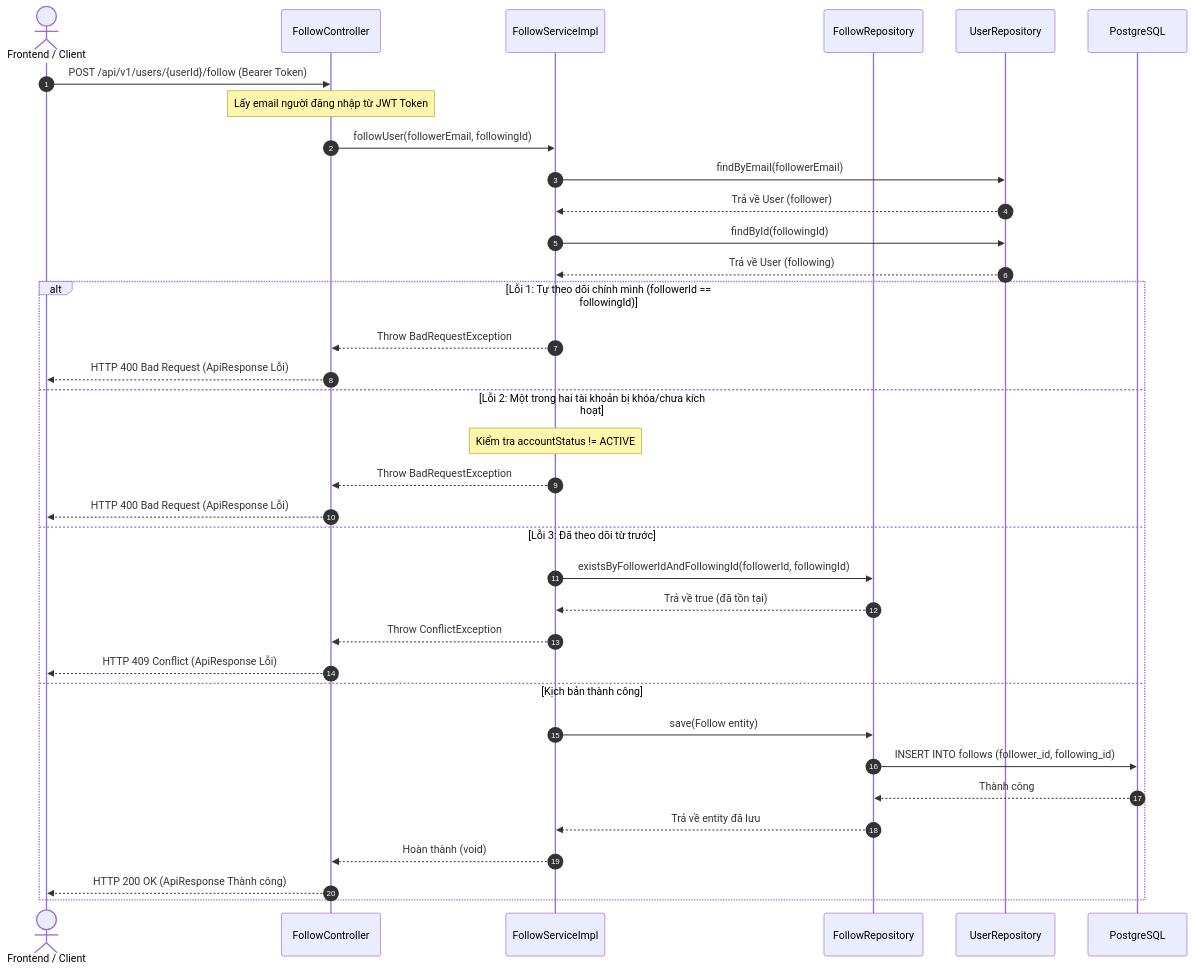
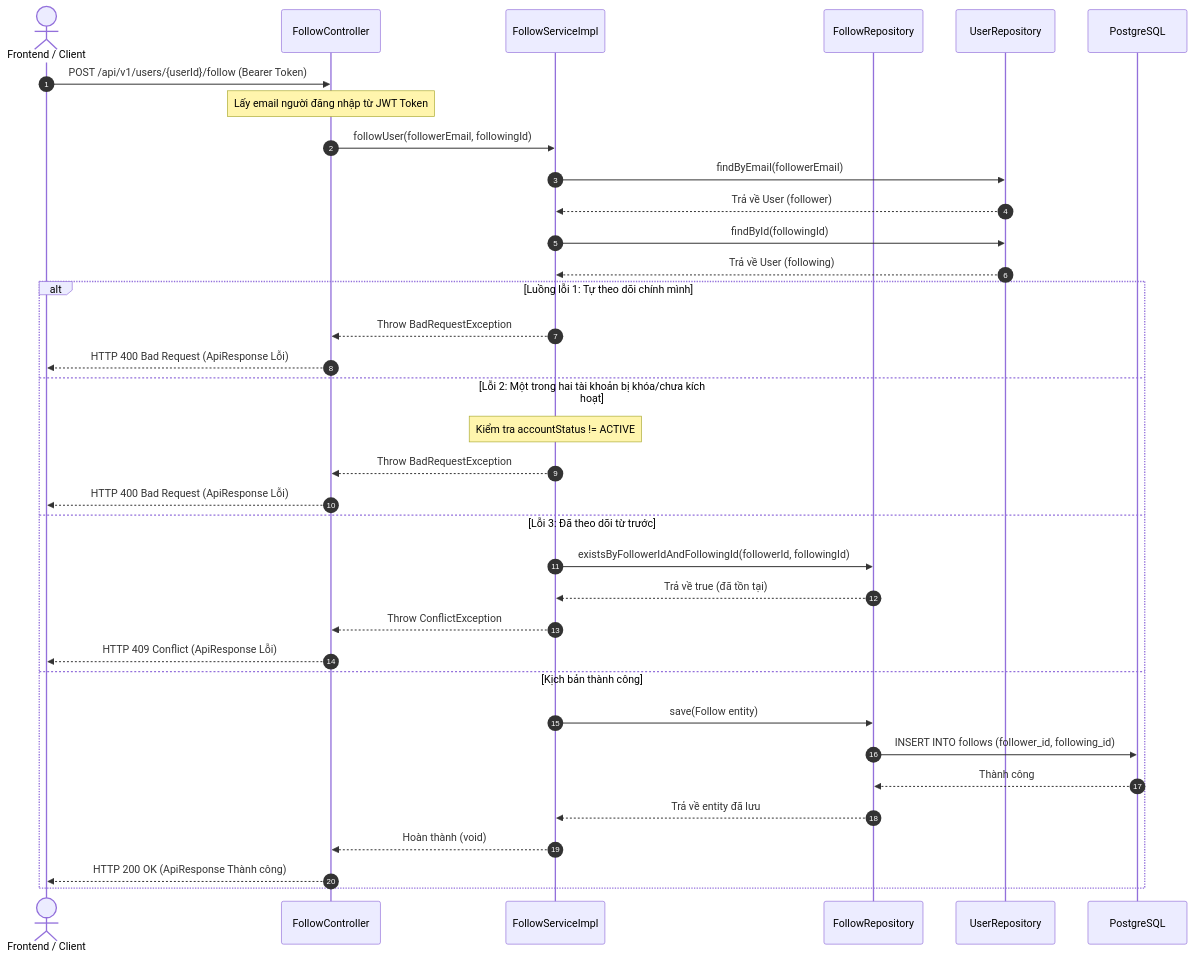
Before and after one commit to Alumnect/Alumnect: the third of 3 diagrams in docs/update_SRS/SRS_UC_17_FollowUser.md, drawn with Mermaid. The commit also changed 14 other files, not shown here.

````diff
--- a/docs/update_SRS/SRS_UC_17_FollowUser.md
+++ b/docs/update_SRS/SRS_UC_17_FollowUser.md
@@ -219,44 +219,44 @@
 ```mermaid
 sequenceDiagram
     autonumber
     actor Client as Frontend / Client
     participant Controller as FollowController
     participant Service as FollowServiceImpl
     participant Repo as FollowRepository
     participant UserRepo as UserRepository
     participant DB as PostgreSQL
 
     Client->>Controller: POST /api/v1/users/{userId}/follow (Bearer Token)
     Note over Controller: Lấy email người đăng nhập từ JWT Token
     Controller->>Service: followUser(followerEmail, followingId)
 
     Service->>UserRepo: findByEmail(followerEmail)
     UserRepo-->>Service: Trả về User (follower)
     
     Service->>UserRepo: findById(followingId)
     UserRepo-->>Service: Trả về User (following)
 
-    alt Lỗi 1: Tự theo dõi chính mình (followerId == followingId)
+    alt Luồng lỗi 1: Tự theo dõi chính mình
         Service-->>Controller: Throw BadRequestException
         Controller-->>Client: HTTP 400 Bad Request (ApiResponse Lỗi)
     
     else Lỗi 2: Một trong hai tài khoản bị khóa/chưa kích hoạt
         Note over Service: Kiểm tra accountStatus != ACTIVE
         Service-->>Controller: Throw BadRequestException
         Controller-->>Client: HTTP 400 Bad Request (ApiResponse Lỗi)
 
     else Lỗi 3: Đã theo dõi từ trước
         Service->>Repo: existsByFollowerIdAndFollowingId(followerId, followingId)
         Repo-->>Service: Trả về true (đã tồn tại)
         Service-->>Controller: Throw ConflictException
         Controller-->>Client: HTTP 409 Conflict (ApiResponse Lỗi)
 
     else Kịch bản thành công
         Service->>Repo: save(Follow entity)
         Repo->>DB: INSERT INTO follows (follower_id, following_id)
         DB-->>Repo: Thành công
         Repo-->>Service: Trả về entity đã lưu
         Service-->>Controller: Hoàn thành (void)
         Controller-->>Client: HTTP 200 OK (ApiResponse Thành công)
     end
 ```
````
